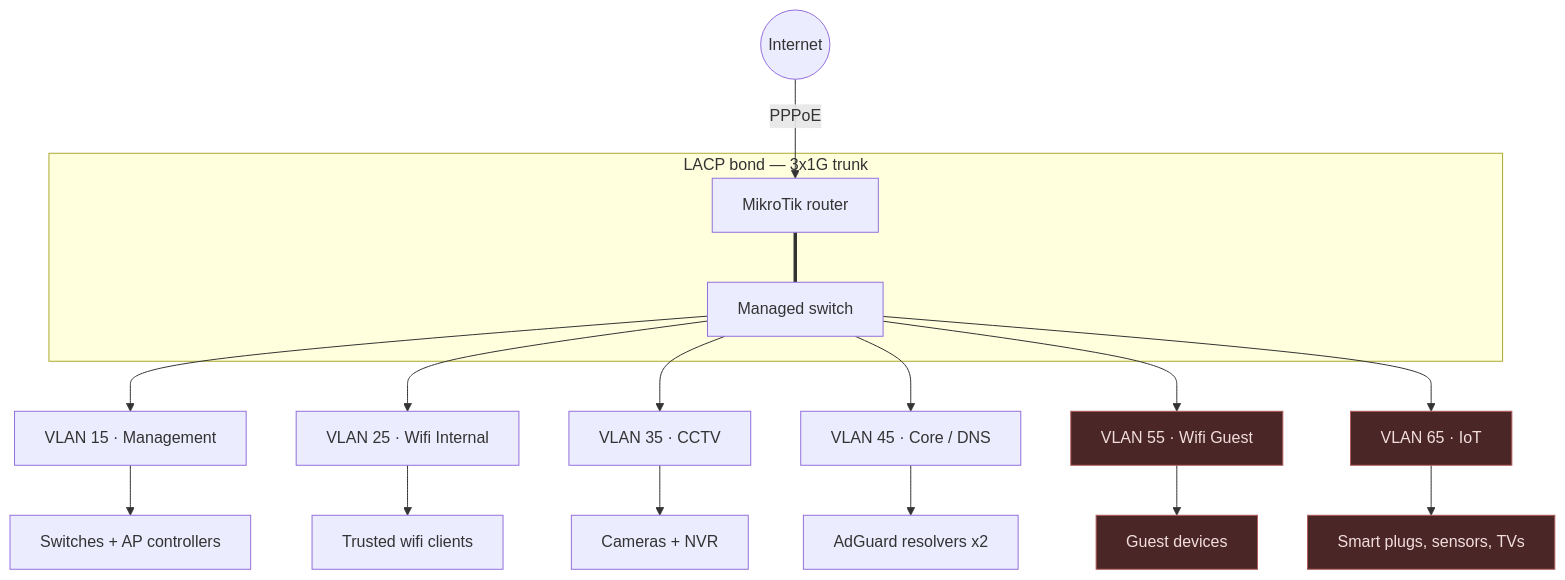
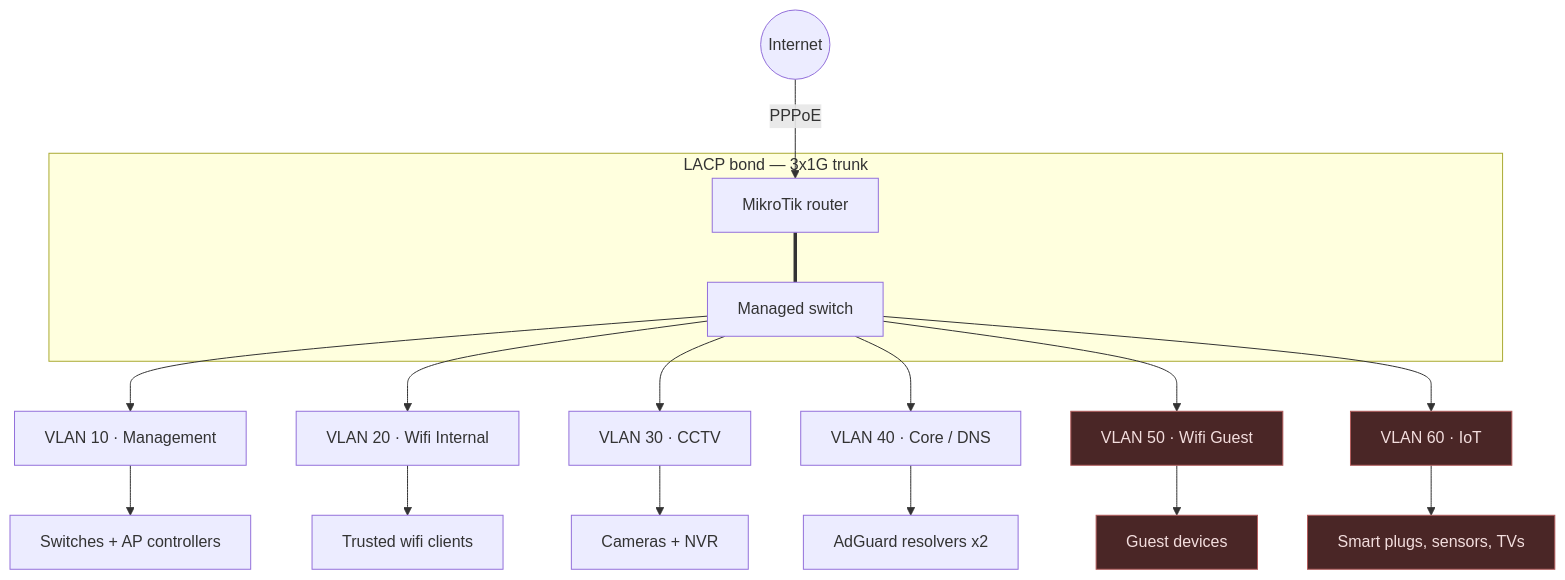
One commit to hiepnh610/profile changed the diagram in content/posts/2026-08-22-home-network-vlan-design.md. Above: the diagram before and after it, drawn with Mermaid. The commit also changed other lines of this file and 3 other files, not shown here.

```diff
--- a/content/posts/2026-08-22-home-network-vlan-design.md
+++ b/content/posts/2026-08-22-home-network-vlan-design.md
@@ -26,25 +26,25 @@
 {{< mermaid >}}
 flowchart TD
     WAN((Internet)) -- PPPoE --> RTR[MikroTik router]
 
     subgraph LAN["LACP bond — 3x1G trunk"]
         RTR === SW[Managed switch]
     end
 
-    SW --> V15[VLAN 15 · Management]
-    SW --> V25[VLAN 25 · Wifi Internal]
-    SW --> V35[VLAN 35 · CCTV]
-    SW --> V45[VLAN 45 · Core / DNS]
-    SW --> V55[VLAN 55 · Wifi Guest]
-    SW --> V65[VLAN 65 · IoT]
+    SW --> V10[VLAN 10 · Management]
+    SW --> V20[VLAN 20 · Wifi Internal]
+    SW --> V30[VLAN 30 · CCTV]
+    SW --> V40[VLAN 40 · Core / DNS]
+    SW --> V50[VLAN 50 · Wifi Guest]
+    SW --> V60[VLAN 60 · IoT]
 
-    V15 --> INF[Switches + AP controllers]
-    V25 --> TRUST[Trusted wifi clients]
-    V35 --> CAM[Cameras + NVR]
-    V45 --> DNS[AdGuard resolvers x2]
-    V55 --> GUEST[Guest devices]
-    V65 --> IOT[Smart plugs, sensors, TVs]
+    V10 --> INF[Switches + AP controllers]
+    V20 --> TRUST[Trusted wifi clients]
+    V30 --> CAM[Cameras + NVR]
+    V40 --> DNS[AdGuard resolvers x2]
+    V50 --> GUEST[Guest devices]
+    V60 --> IOT[Smart plugs, sensors, TVs]
 
     classDef isolated fill:#4a2626,stroke:#b35c5c,color:#f3dede
-    class V55,V65,GUEST,IOT isolated
+    class V50,V60,GUEST,IOT isolated
 {{< /mermaid >}}
```
